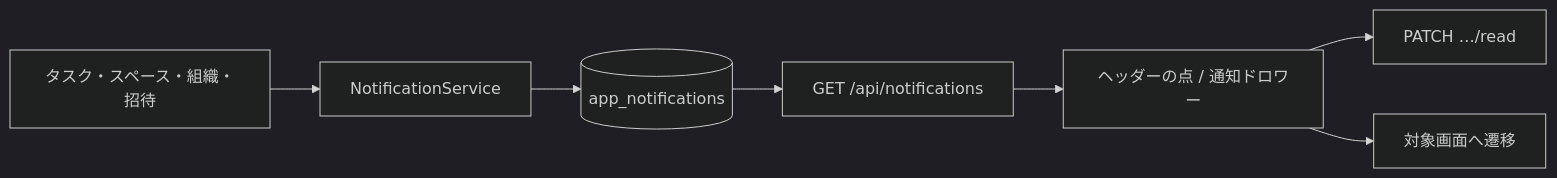
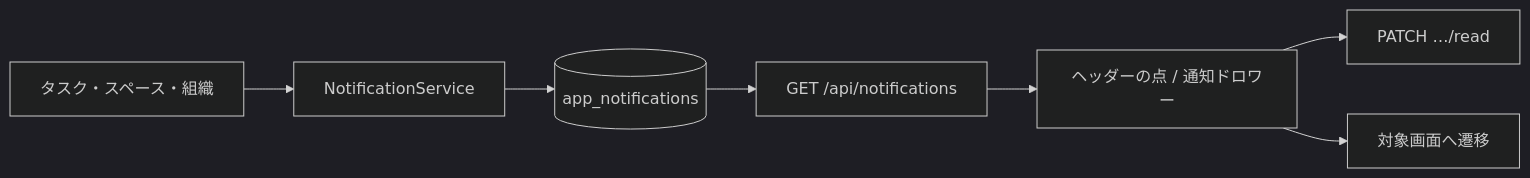
One commit to ryuse-yanagi/workmana changed the diagram in _docs/application/features/notification.md. Above: the diagram before and after it, drawn with Mermaid (dark theme). The commit also changed other lines of this file and 160 other files, not shown here.

````diff
--- a/_docs/application/features/notification.md
+++ b/_docs/application/features/notification.md
@@ -43,9 +43,9 @@
 ```mermaid
 flowchart LR
-  A[タスク・スペース・組織・招待] --> G[NotificationService]
+  A[タスク・スペース・組織] --> G[NotificationService]
   G --> H[(app_notifications)]
   H --> I[GET /api/notifications]
   I --> J[ヘッダーの点 / 通知ドロワー]
   J --> K[PATCH …/read]
   J --> L[対象画面へ遷移]
 ```
````
